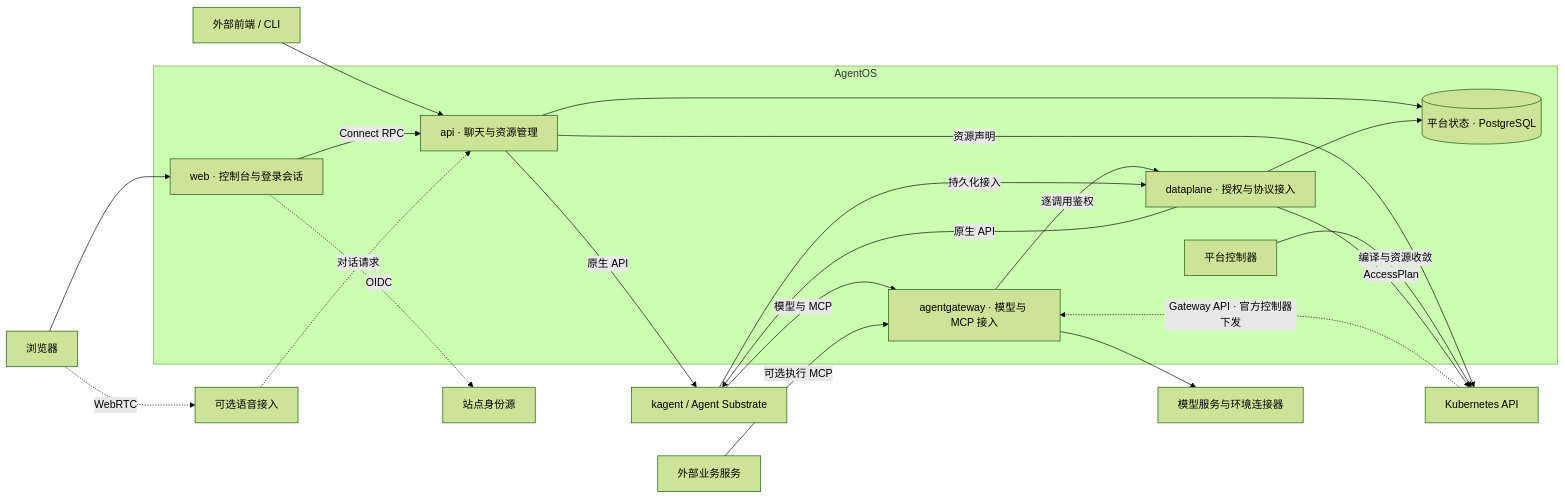
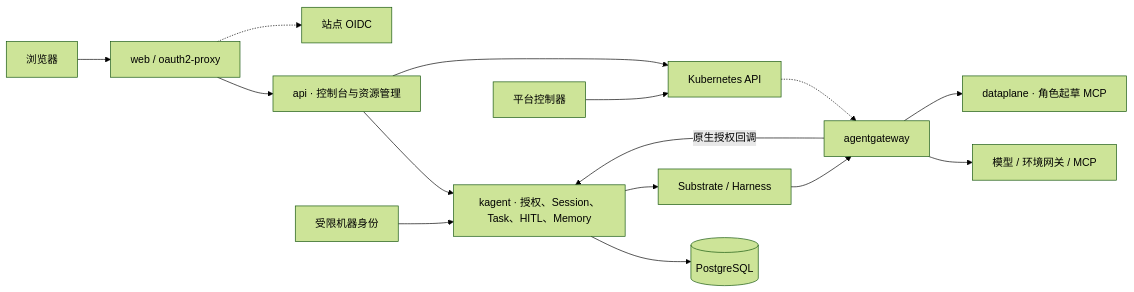
One commit to pood1e/agentos-platform changed the diagram in docs/architecture.md. Above: the diagram before and after it, drawn with Mermaid (forest theme). The commit also changed other lines of this file and 261 other files, not shown here.

First line of the commit message:
refactor!: move runtime capabilities and execution authority to kagent (#201)

````diff
--- a/docs/architecture.md
+++ b/docs/architecture.md
@@ -8,23 +5,17 @@
 ```mermaid
 flowchart LR
-    Browser[浏览器] --> Web
-    Clients[外部前端 / CLI] --> API
-    subgraph Platform[AgentOS]
-        Web[web · 控制台与登录会话] -->|Connect RPC| API[api · 聊天与资源管理]
-        Gateway[agentgateway · 模型与 MCP 接入] -->|逐调用鉴权| Dataplane[dataplane · 授权与协议接入]
-        Controller[平台控制器]
-        API & Dataplane --> PG[(平台状态 · PostgreSQL)]
-    end
-    Web -.->|OIDC| Identity[站点身份源]
-    API & Dataplane -->|原生 API| Runtime[kagent / Agent Substrate]
-    API -->|资源声明| K8s[Kubernetes API]
-    Controller -->|编译与资源收敛| K8s
-    Dataplane -->|AccessPlan| K8s
-    K8s -.->|Gateway API · 官方控制器下发| Gateway
-    Runtime -->|模型与 MCP| Gateway
-    Runtime -->|持久化接入| Dataplane
-    Gateway --> Targets[模型服务与环境连接器]
-    External[外部业务服务] -->|可选执行 MCP| Gateway
-    Browser -.->|WebRTC| Voice[可选语音接入]
-    Voice -.->|对话请求| API
+    Browser[浏览器] --> Web[web / oauth2-proxy]
+    Web --> API[api · 控制台与资源管理]
+    Web -.-> IdP[站点 OIDC]
+    API --> Native[kagent · 授权、Session、Task、HITL、Memory]
+    Native --> PG[(PostgreSQL)]
+    Native --> Runtime[Substrate / Harness]
+    Runtime --> Gateway[agentgateway]
+    Gateway -->|原生授权回调| Native
+    Gateway --> Tools[模型 / 环境网关 / MCP]
+    Gateway --> Dataplane[dataplane · 角色起草 MCP]
+    Controller[平台控制器] --> K8s[Kubernetes API]
+    API --> K8s
+    K8s -.-> Gateway
+    External[受限机器身份] --> Native
 ```
````
